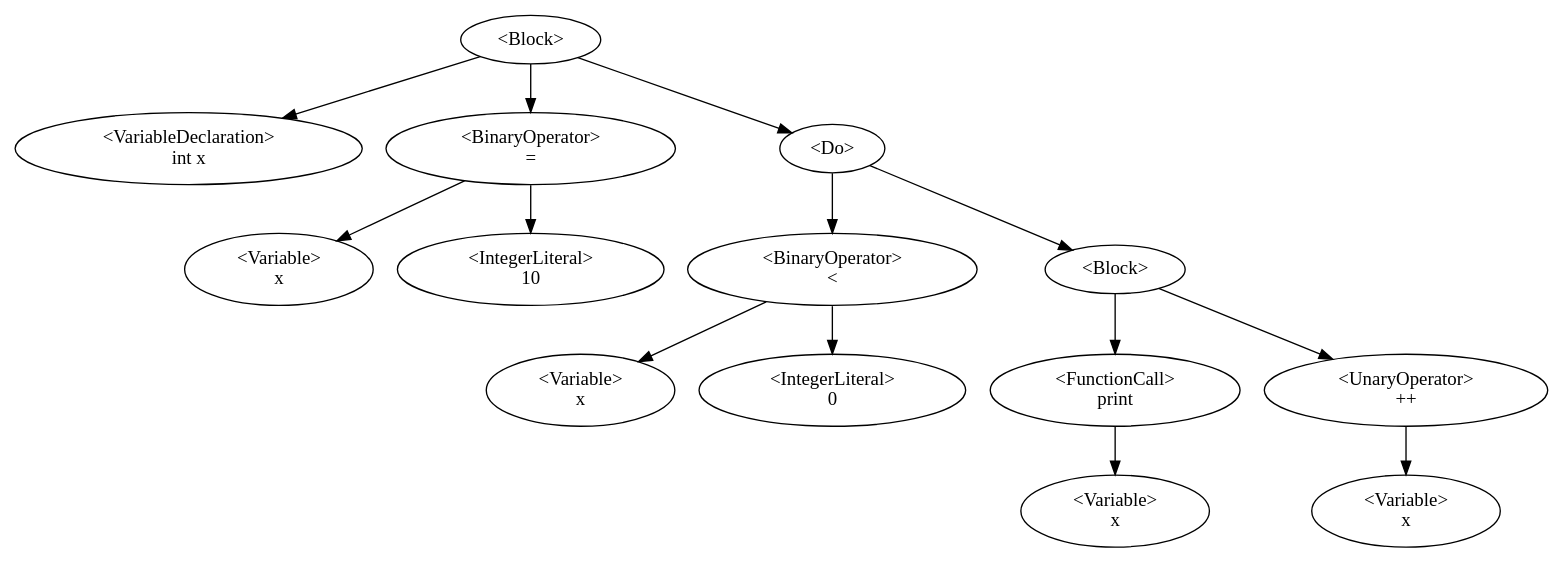
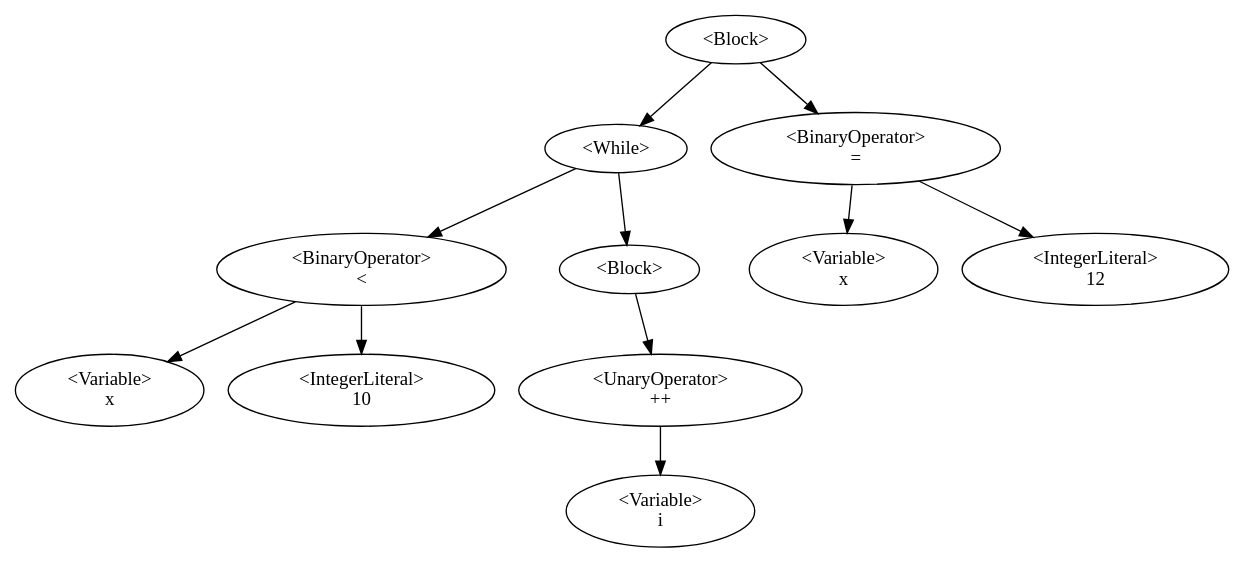
The diagram in Dino/Dino/AstDisplay.gv (QazmoQwerty/dino), drawn with Graphviz before and after one commit. The commit also changed 6 other files, not shown here.

```diff
--- a/Dino/Dino/AstDisplay.gv
+++ b/Dino/Dino/AstDisplay.gv
@@ -1,16 +1,13 @@
 digraph G {
-0 [label="<Block>"];0->1;0->3;0->5;
-1 [label="<VariableDeclaration>\nint x"];
-3 [label="<BinaryOperator>\n="];3->2;3->4;
+0 [label="<Block>"];0->1;0->9;
+1 [label="<While>"];1->3;1->5;
+3 [label="<BinaryOperator>\n<"];3->2;3->4;
 2 [label="<Variable>\nx"];
 4 [label="<IntegerLiteral>\n10"];
-5 [label="<Do>"];5->13;5->6;
-13 [label="<BinaryOperator>\n<"];13->12;13->14;
-12 [label="<Variable>\nx"];
-14 [label="<IntegerLiteral>\n0"];
-6 [label="<Block>"];6->8;6->10;
-8 [label="<FunctionCall>\nprint"];8->9;
-9 [label="<Variable>\nx"];
-10 [label="<UnaryOperator>\n++"];10->11;
-11 [label="<Variable>\nx"];
+5 [label="<Block>"];5->6;
+6 [label="<UnaryOperator>\n++"];6->7;
+7 [label="<Variable>\ni"];
+9 [label="<BinaryOperator>\n="];9->8;9->10;
+8 [label="<Variable>\nx"];
+10 [label="<IntegerLiteral>\n12"];
 }
```
